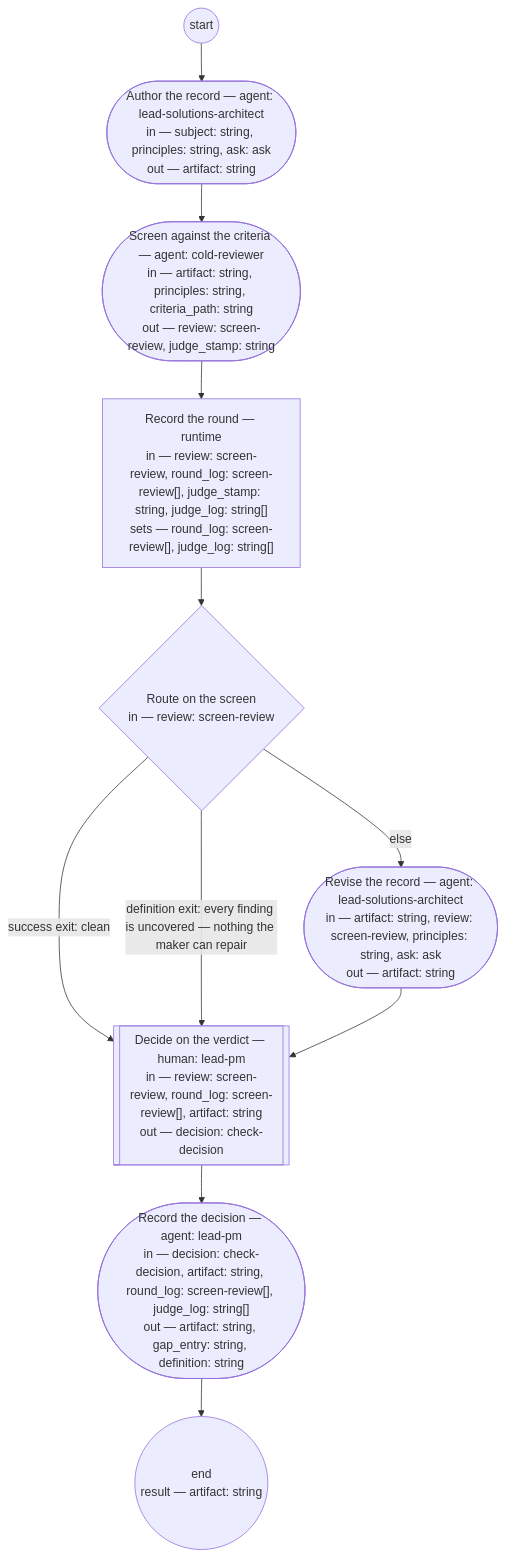
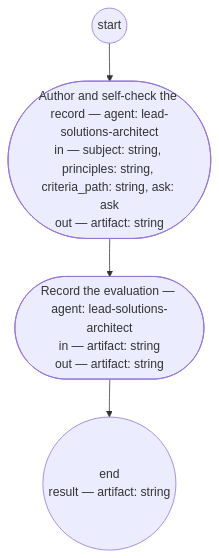
The diagram in .claude/skills/adr-authoring/SKILL.md (dstengle/shopsystem-product), drawn with Mermaid before and after one commit. The commit also changed other lines of this file and 21 other files, not shown here.

````diff
--- a/.claude/skills/adr-authoring/SKILL.md
+++ b/.claude/skills/adr-authoring/SKILL.md
@@ -35,21 +33,9 @@
 ```mermaid
 flowchart TD
-  author(["Author the record — agent: lead-solutions-architect<br/>in — subject: string, principles: string, ask: ask<br/>out — artifact: string"])
-  screen(["Screen against the criteria — agent: cold-reviewer<br/>in — artifact: string, principles: string, criteria_path: string<br/>out — review: screen-review, judge_stamp: string"])
-  log_round["Record the round — runtime<br/>in — review: screen-review, round_log: screen-review[], judge_stamp: string, judge_log: string[]<br/>sets — round_log: screen-review[], judge_log: string[]"]
-  route_screen{"Route on the screen<br/>in — review: screen-review"}
-  revise(["Revise the record — agent: lead-solutions-architect<br/>in — artifact: string, review: screen-review, principles: string, ask: ask<br/>out — artifact: string"])
-  decide[["Decide on the verdict — human: lead-pm<br/>in — review: screen-review, round_log: screen-review[], artifact: string<br/>out — decision: check-decision"]]
-  record(["Record the decision — agent: lead-pm<br/>in — decision: check-decision, artifact: string, round_log: screen-review[], judge_log: string[]<br/>out — artifact: string, gap_entry: string, definition: string"])
+  author(["Author and self-check the record — agent: lead-solutions-architect<br/>in — subject: string, principles: string, criteria_path: string, ask: ask<br/>out — artifact: string"])
+  record(["Record the evaluation — agent: lead-solutions-architect<br/>in — artifact: string<br/>out — artifact: string"])
   __end(("end<br/>result — artifact: string"))
   __start(("start")) --> author
-  author --> screen
-  screen --> log_round
-  log_round --> route_screen
-  route_screen -->|success exit: clean| decide
-  route_screen -->|definition exit: every finding is uncovered — nothing the maker can repair| decide
-  route_screen -->|else| revise
-  revise --> decide
-  decide --> record
+  author --> record
   record --> __end
 ```
````
